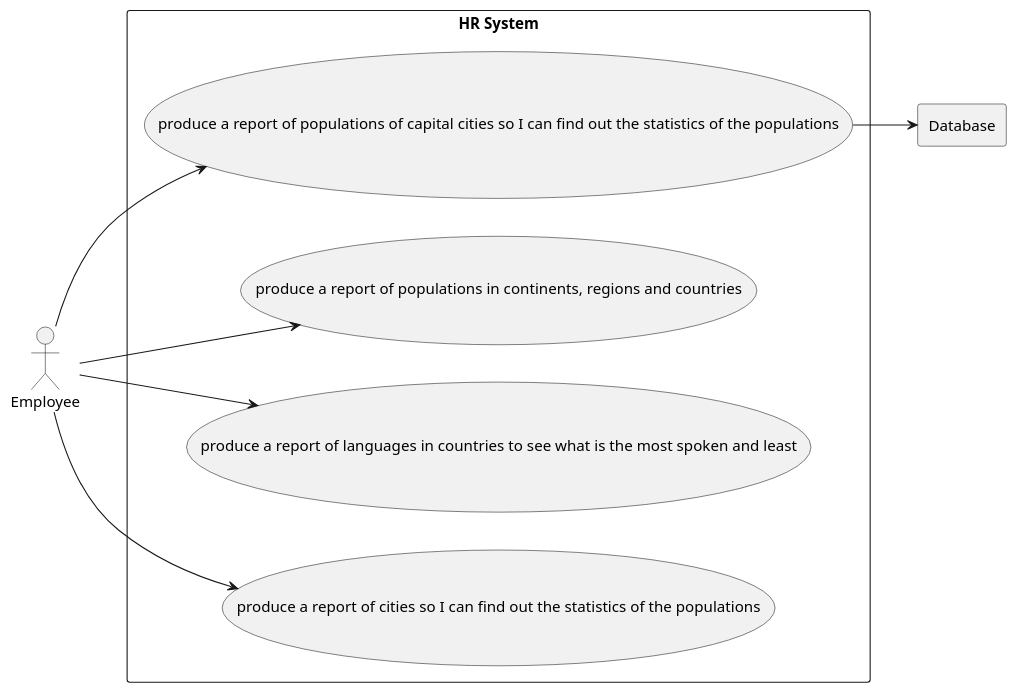
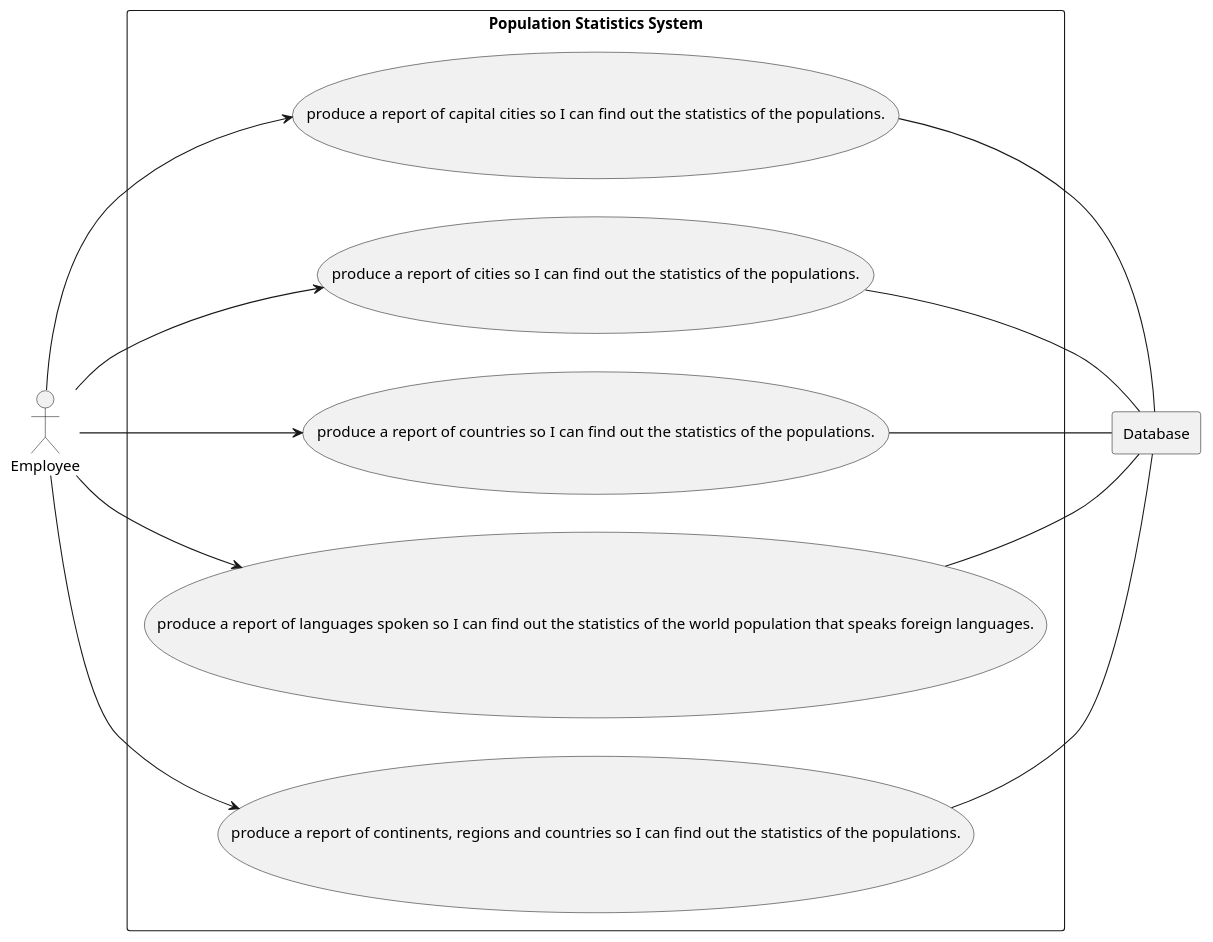
One commit to benhasselgren/sem-group-project changed the diagram in use-cases/population.puml. Above: the diagram before and after it, drawn with PlantUML.

Commit message:
Updated graph to display all use cases

```diff
--- a/use-cases/population.puml
+++ b/use-cases/population.puml
@@ -1,23 +1,29 @@
 @startuml
 
 'default
 left to right direction
 actor Employee
 rectangle Database
 
-rectangle "HR System" {
+rectangle "Population Statistics System" {
 
-    usecase UC4 as "produce a report of populations of capital cities so I can find out the statistics of the populations"
-    usecase UC5 as "produce a report of populations in continents, regions and countries"
-    usecase UC6 as "produce a report of languages in countries to see what is the most spoken and least"
-    usecase UC7 as "produce a report of cities so I can find out the statistics of the populations"
+    usecase UC1 as "produce a report of capital cities so I can find out the statistics of the populations."
+    usecase UC2 as "produce a report of cities so I can find out the statistics of the populations."
+    usecase UC3 as "produce a report of countries so I can find out the statistics of the populations."
+    usecase UC4 as "produce a report of languages spoken so I can find out the statistics of the world population that speaks foreign languages."
+    usecase UC5 as "produce a report of continents, regions and countries so I can find out the statistics of the populations."
 
 
+    Employee --> UC1
+    UC1 -- Database
+    Employee --> UC2
+    UC2 -- Database
+    Employee --> UC3
+    UC3 -- Database
     Employee --> UC4
-    UC4 --> Database
+    UC4 -- Database
     Employee --> UC5
-    Employee --> UC6
-    Employee --> UC7
+    UC5 -- Database
 
 }
 @enduml
```
